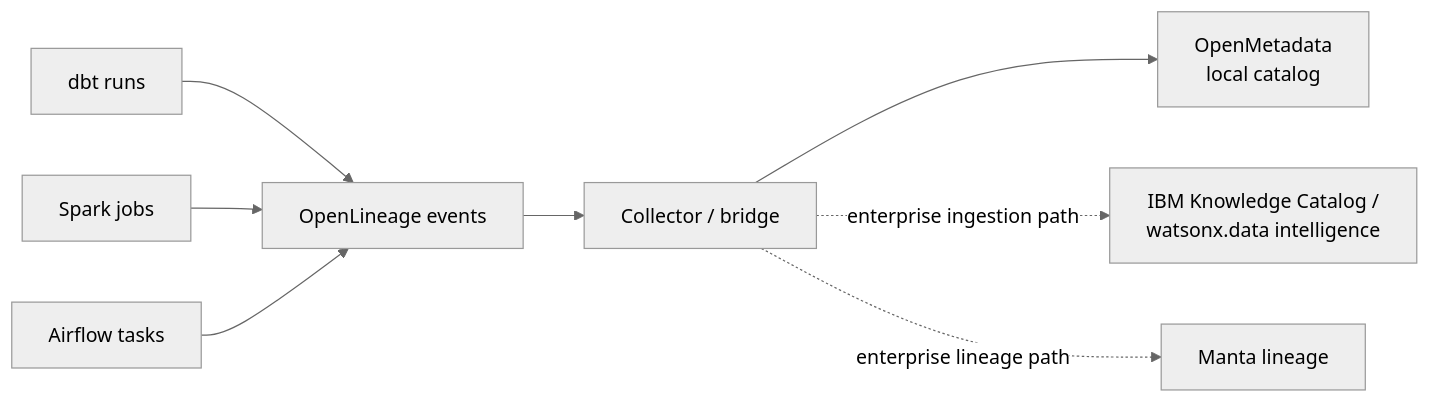
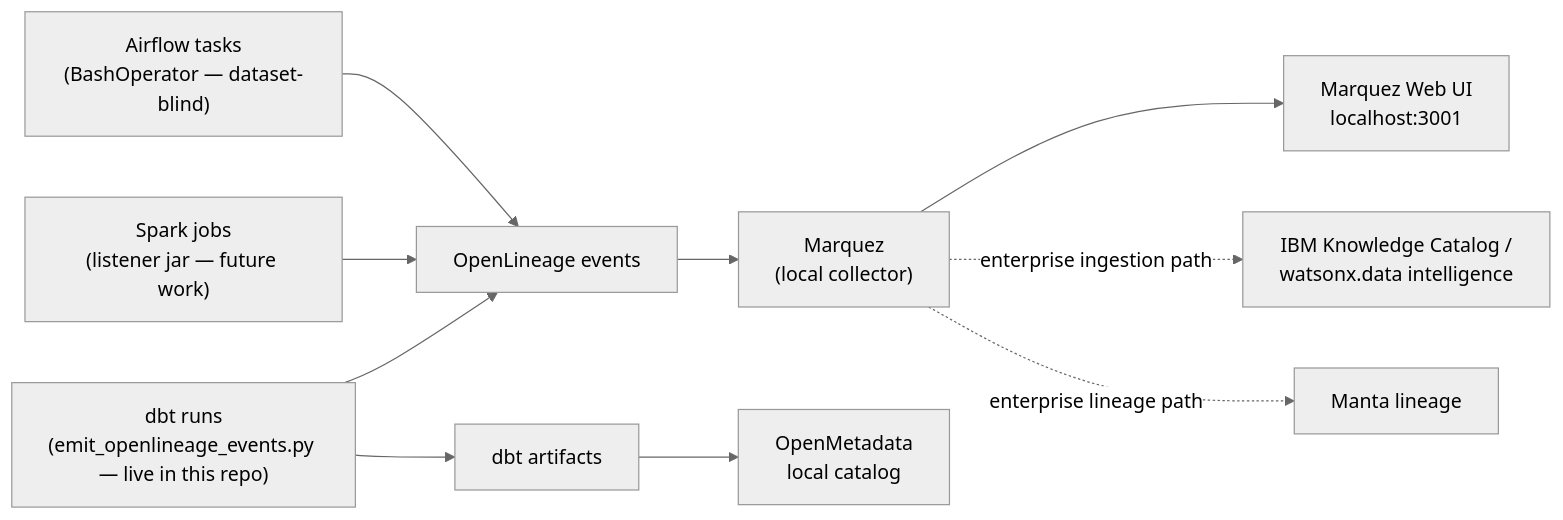
Before and after one commit to aseelert/ibmas-watsonxdata-dbt: the second of 2 diagrams in docs/openlineage.md, drawn with Mermaid (neutral theme). The commit also changed other lines of this file and 18 other files, not shown here.

First line of the commit message:
feat(openlineage): dual-path Marquez integration — dbt (local Docker) + Spark (OCP in-cluster)

````diff
--- a/docs/openlineage.md
+++ b/docs/openlineage.md
@@ -103,10 +193,12 @@
 ```mermaid
 flowchart LR
-  dbt["dbt runs"] --> ol["OpenLineage events"]
-  spark["Spark jobs"] --> ol
-  airflow["Airflow tasks"] --> ol
-  ol --> collector["Collector / bridge"]
-  collector --> om["OpenMetadata\nlocal catalog"]
-  collector -. "enterprise ingestion path" .-> ikc["IBM Knowledge Catalog /\nwatsonx.data intelligence"]
-  collector -. "enterprise lineage path" .-> manta["Manta lineage"]
+  dbt["dbt runs\n(emit_openlineage_events.py — live in this repo)"] --> ol["OpenLineage events"]
+  spark["Spark jobs\n(listener jar — future work)"] --> ol
+  airflow["Airflow tasks\n(BashOperator — dataset-blind)"] --> ol
+  ol --> marquez["Marquez\n(local collector)"]
+  marquez --> ui["Marquez Web UI\nlocalhost:3001"]
+  marquez -. "enterprise ingestion path" .-> ikc["IBM Knowledge Catalog /\nwatsonx.data intelligence"]
+  marquez -. "enterprise lineage path" .-> manta["Manta lineage"]
+  dbt --> art["dbt artifacts"]
+  art --> om["OpenMetadata\nlocal catalog"]
 ```
````
